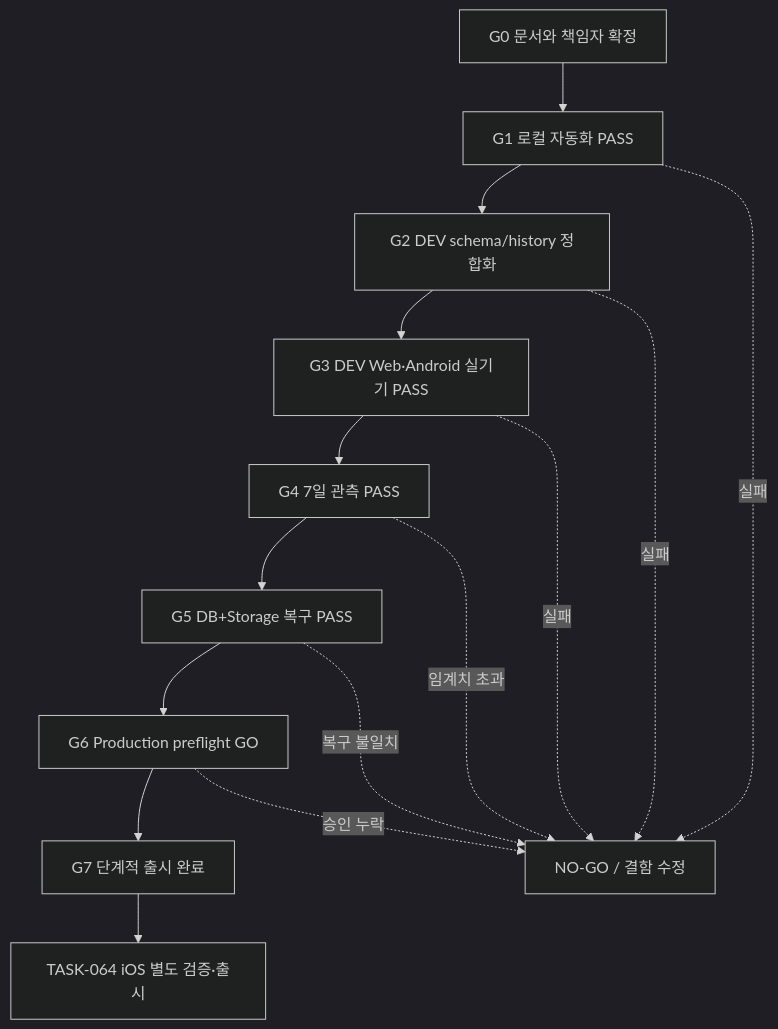
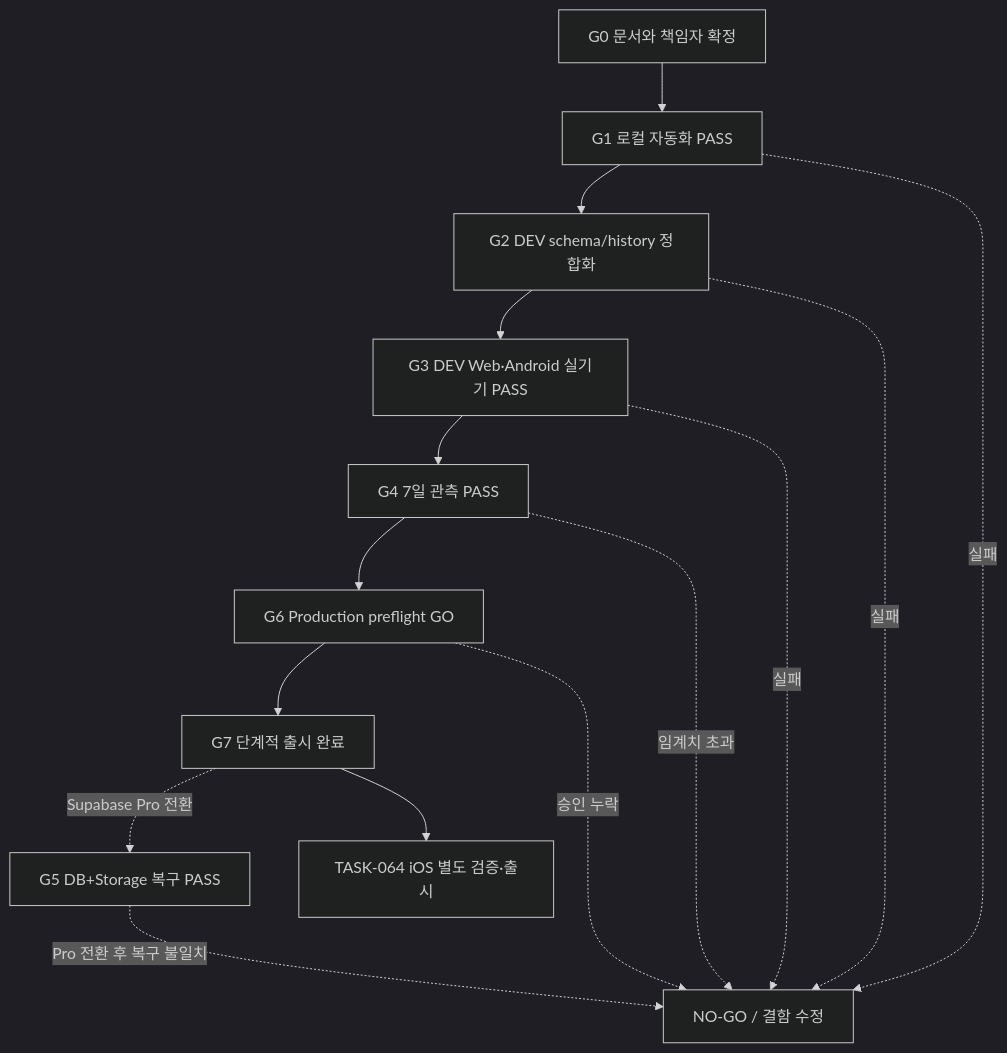
One commit to ysjee141/nexvoy-frontend changed the diagram in docs/refactor/reports/TASK-057-production-final-validation-plan.md. Above: the diagram before and after it, drawn with Mermaid (dark theme). The commit also changed other lines of this file and 16 other files, not shown here.

Commit message:
docs: defer recovery gate until Supabase Pro

````diff
--- a/docs/refactor/reports/TASK-057-production-final-validation-plan.md
+++ b/docs/refactor/reports/TASK-057-production-final-validation-plan.md
@@ -45,17 +47,17 @@
 ```mermaid
 flowchart TD
     G0["G0 문서와 책임자 확정"] --> G1["G1 로컬 자동화 PASS"]
     G1 --> G2["G2 DEV schema/history 정합화"]
     G2 --> G3["G3 DEV Web·Android 실기기 PASS"]
     G3 --> G4["G4 7일 관측 PASS"]
-    G4 --> G5["G5 DB+Storage 복구 PASS"]
-    G5 --> G6["G6 Production preflight GO"]
+    G4 --> G6["G6 Production preflight GO"]
     G6 --> G7["G7 단계적 출시 완료"]
+    G7 -. "Supabase Pro 전환" .-> G5["G5 DB+Storage 복구 PASS"]
     G1 -. "실패" .-> NOGO["NO-GO / 결함 수정"]
     G2 -. "실패" .-> NOGO
     G3 -. "실패" .-> NOGO
     G4 -. "임계치 초과" .-> NOGO
-    G5 -. "복구 불일치" .-> NOGO
+    G5 -. "Pro 전환 후 복구 불일치" .-> NOGO
     G6 -. "승인 누락" .-> NOGO
     G7 --> I64["TASK-064 iOS 별도 검증·출시"]
 ```
````
